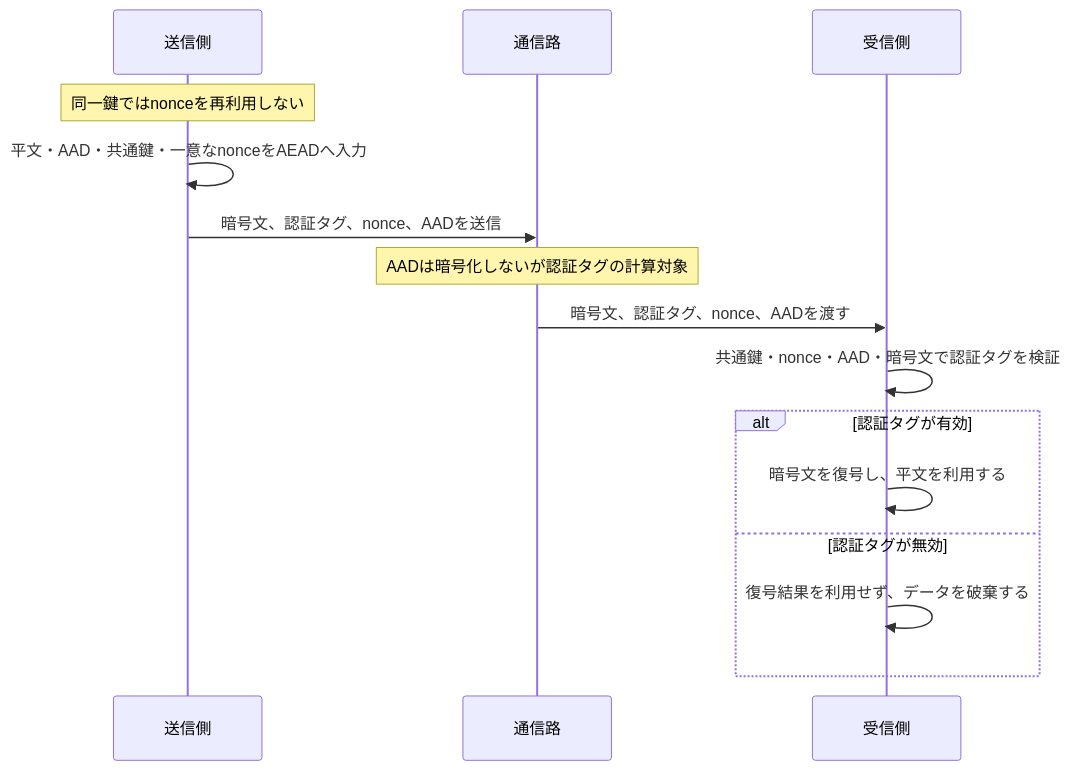
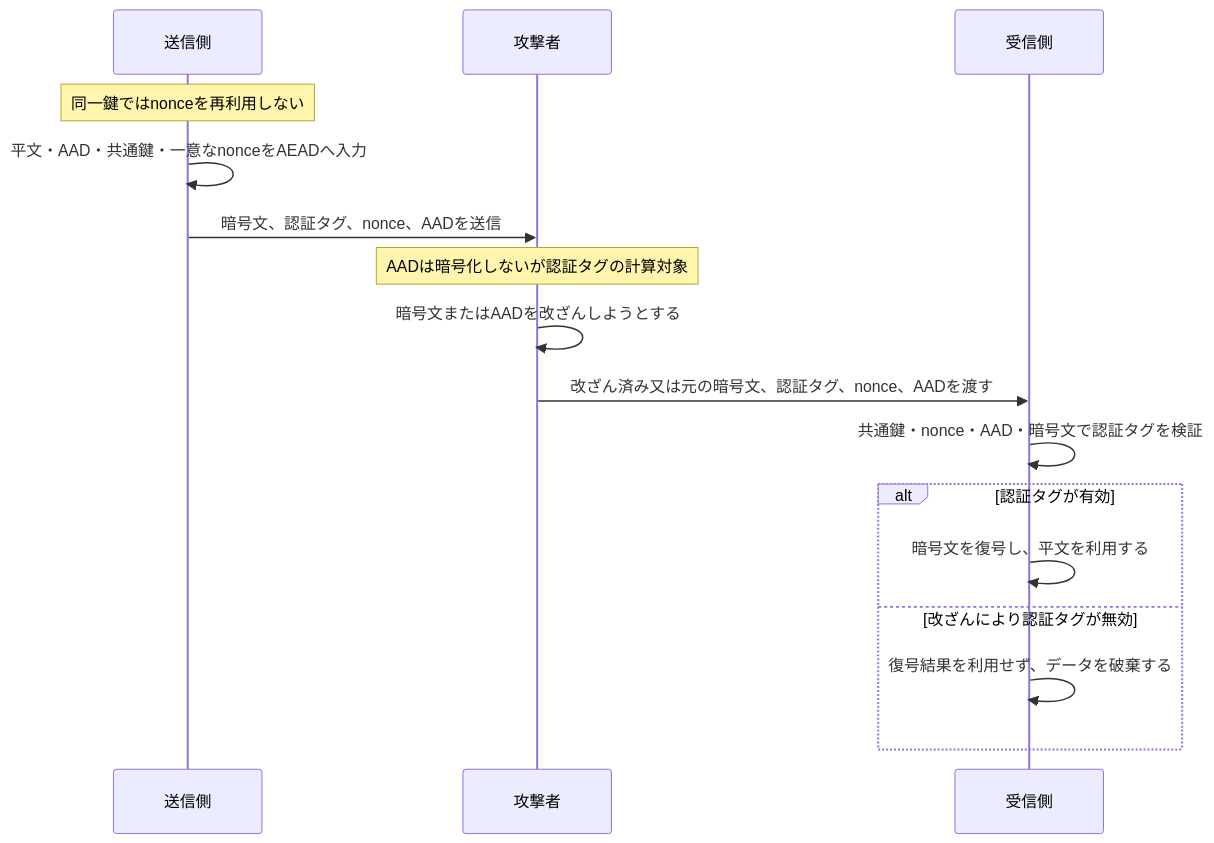
One commit to ryusuke2003/security-specialist-study changed the diagram in 復習用/流れ図/AEADの暗号化と認証タグ検証.md. Above: the diagram before and after it, drawn with Mermaid. The commit also changed other lines of this file, not shown here.

Commit message:
AEADの流れ図をわかりやすいようにする

````diff
--- a/復習用/流れ図/AEADの暗号化と認証タグ検証.md
+++ b/復習用/流れ図/AEADの暗号化と認証タグ検証.md
@@ -3,19 +3,20 @@
 ```mermaid
 sequenceDiagram
     participant S as 送信側
-    participant N as 通信路
+    participant X as 攻撃者
     participant R as 受信側
 
     Note over S: 同一鍵ではnonceを再利用しない
     S->>S: 平文・AAD・共通鍵・一意なnonceをAEADへ入力
-    S->>N: 暗号文、認証タグ、nonce、AADを送信
-    Note over N: AADは暗号化しないが認証タグの計算対象
-    N->>R: 暗号文、認証タグ、nonce、AADを渡す
+    S->>X: 暗号文、認証タグ、nonce、AADを送信
+    Note over X: AADは暗号化しないが認証タグの計算対象
+    X->>X: 暗号文またはAADを改ざんしようとする
+    X->>R: 改ざん済み又は元の暗号文、認証タグ、nonce、AADを渡す
     R->>R: 共通鍵・nonce・AAD・暗号文で認証タグを検証
 
     alt 認証タグが有効
         R->>R: 暗号文を復号し、平文を利用する
-    else 認証タグが無効
+    else 改ざんにより認証タグが無効
         R->>R: 復号結果を利用せず、データを破棄する
     end
 ```
````
